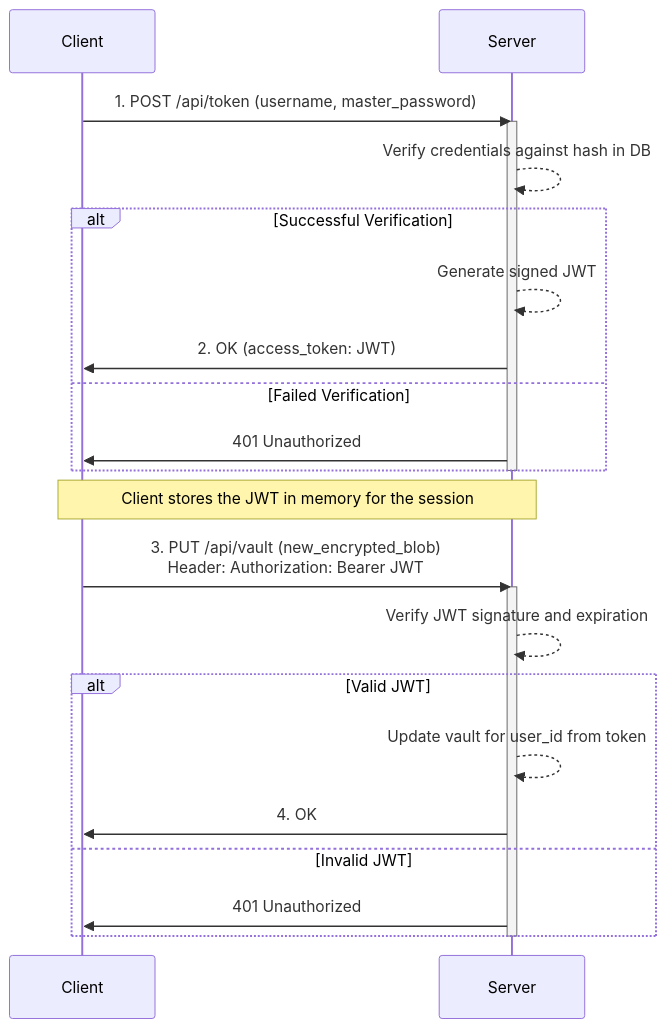
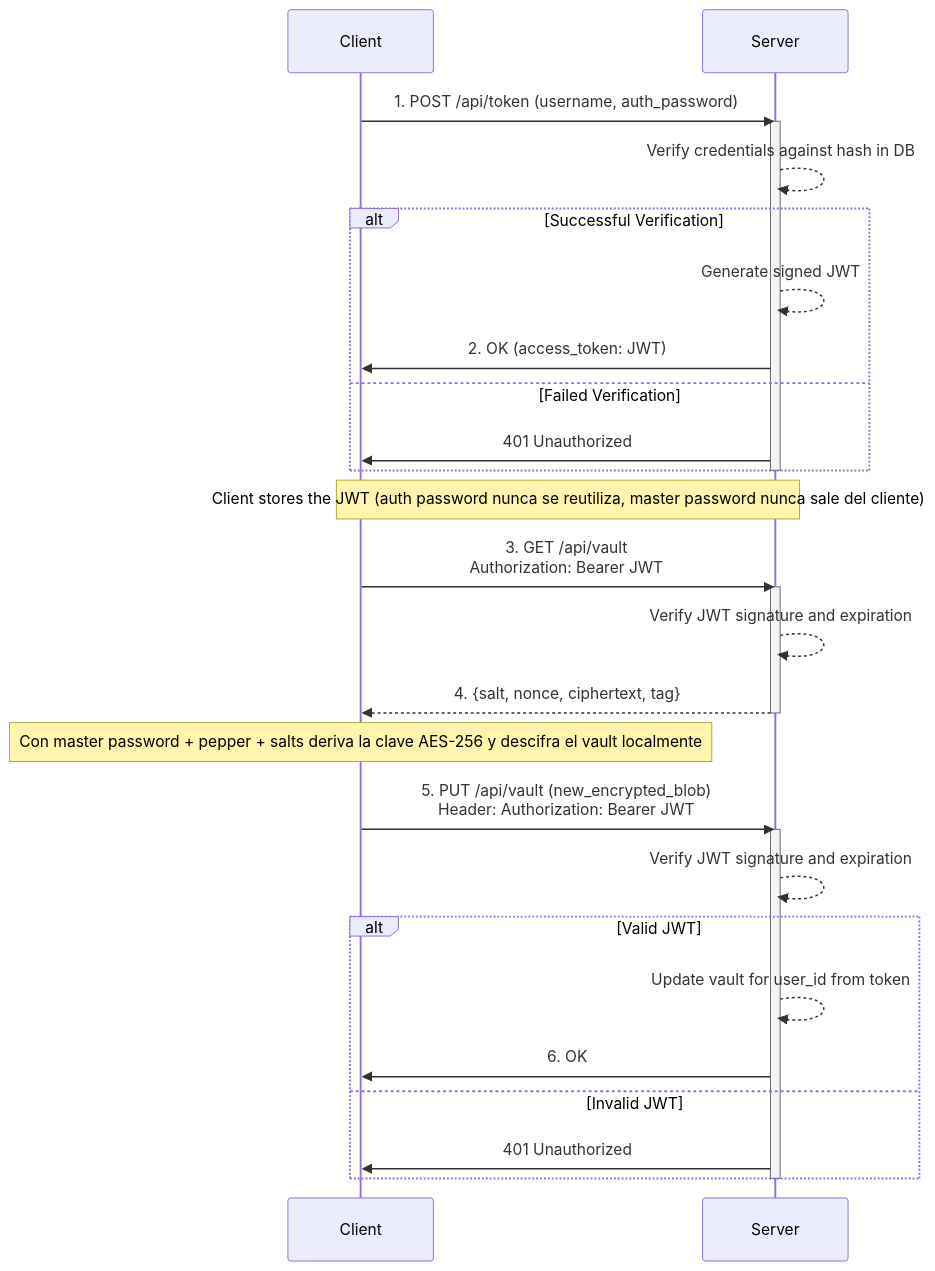
One commit to DavidHerencia/password_manager_crypto changed the second of 4 diagrams in README.md. Above: the diagram before and after it, drawn with Mermaid. The commit also changed other lines of this file and 1 other file, not shown here.

Commit message:
feat: update informe and readme

````diff
--- a/README.md
+++ b/README.md
@@ -133,30 +133,38 @@
 ```mermaid
 sequenceDiagram
     participant C as Client
     participant S as Server
 
-    C->>S: 1. POST /api/token (username, master_password)
+  C->>S: 1. POST /api/token (username, auth_password)
     activate S
     S-->>S: Verify credentials against hash in DB
     alt Successful Verification
         S-->>S: Generate signed JWT
         S->>C: 2. OK (access_token: JWT)
     else Failed Verification
         S->>C: 401 Unauthorized
     end
     deactivate S
 
-    Note over C,S: Client stores the JWT in memory for the session
+  Note over C,S: Client stores the JWT (auth password nunca se reutiliza, master password nunca sale del cliente)
 
-    C->>S: 3. PUT /api/vault (new_encrypted_blob)<br/>Header: Authorization: Bearer JWT
+  C->>S: 3. GET /api/vault<br/>Authorization: Bearer JWT
+  activate S
+  S-->>S: Verify JWT signature and expiration
+  S-->>C: 4. {salt, nonce, ciphertext, tag}
+  deactivate S
+
+  Note over C: Con master password + pepper + salts deriva la clave AES-256 y descifra el vault localmente
+
+  C->>S: 5. PUT /api/vault (new_encrypted_blob)<br/>Header: Authorization: Bearer JWT
     activate S
     S-->>S: Verify JWT signature and expiration
     alt Valid JWT
         S-->>S: Update vault for user_id from token
-        S->>C: 4. OK
+    S->>C: 6. OK
     else Invalid JWT
         S->>C: 401 Unauthorized
     end
     deactivate S
 
 ```
````
